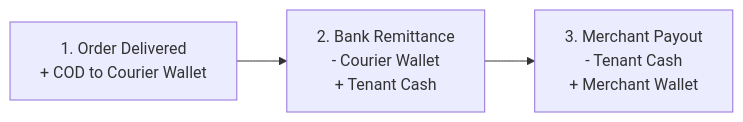
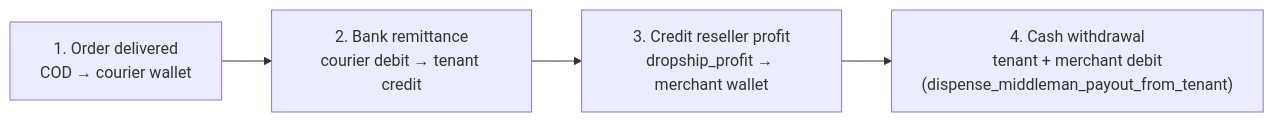
One commit to david-git-2/brandwala-wholesale-quasar-v2 changed the second of 2 diagrams in doc/wallet/WALLET.md. Above: the diagram before and after it, drawn with Mermaid. The commit also changed other lines of this file and 12 other files, not shown here.

````diff
--- a/doc/wallet/WALLET.md
+++ b/doc/wallet/WALLET.md
@@ -114,5 +114,6 @@
 ```mermaid
 flowchart LR
-    A["1. Order Delivered<br/>+ COD to Courier Wallet"] --> B["2. Bank Remittance<br/>- Courier Wallet<br/>+ Tenant Cash"]
-    B --> C["3. Merchant Payout<br/>- Tenant Cash<br/>+ Merchant Wallet"]
+    A["1. Order delivered<br/>COD → courier wallet"] --> B["2. Bank remittance<br/>courier debit → tenant credit"]
+    B --> C["3. Credit reseller profit<br/>dropship_profit → merchant wallet"]
+    C --> D["4. Cash withdrawal<br/>tenant + merchant debit<br/>(dispense_middleman_payout_from_tenant)"]
 ```
````
